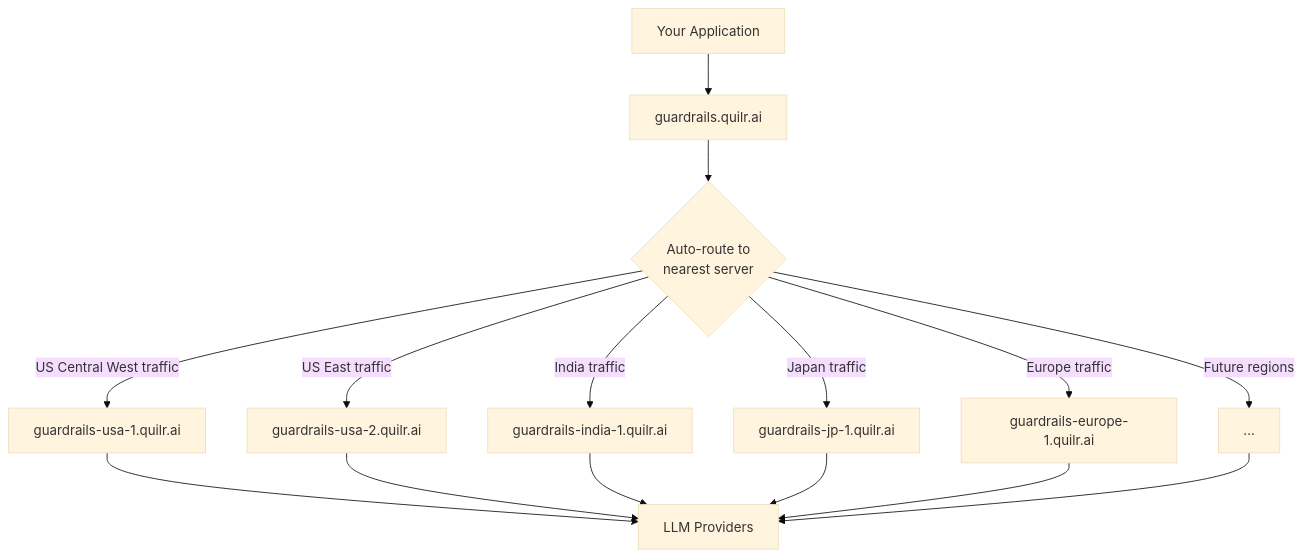
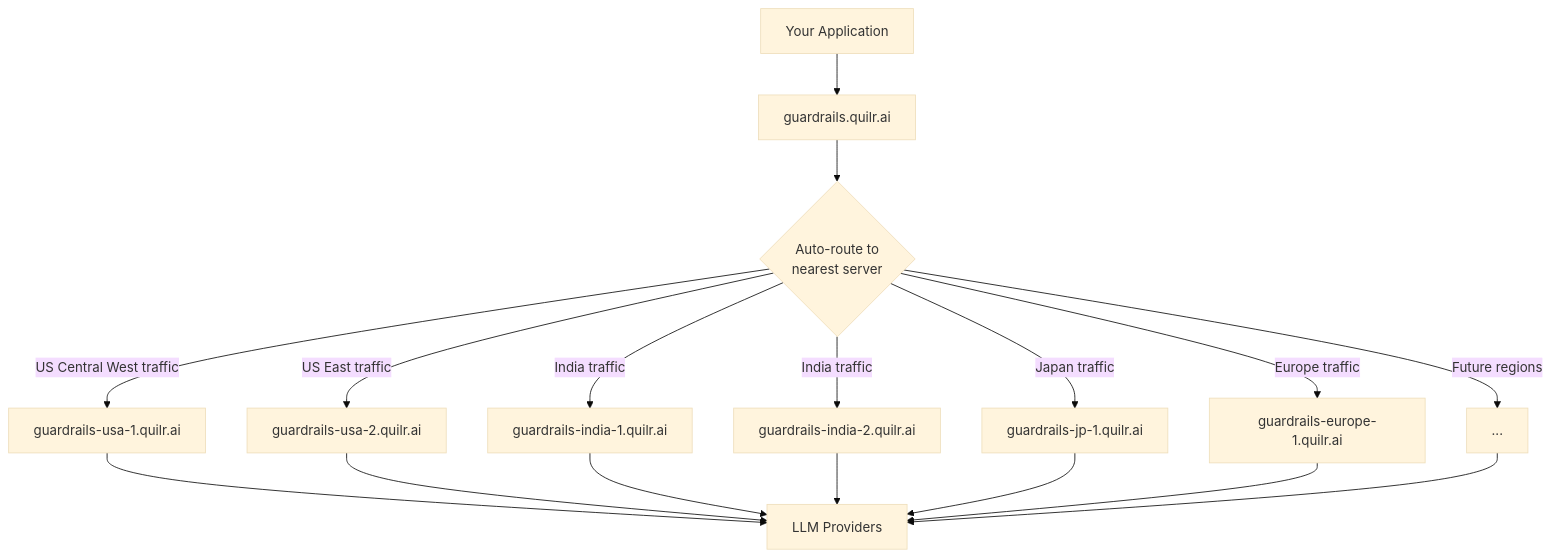
The diagram in docs/llm-gateway/ha-and-sla.md (quilrai/docs), drawn with Mermaid (base theme) before and after one commit. The commit also changed other lines of this file and 4 other files, not shown here.

Commit message:
add guardrails-india-2

````diff
--- a/docs/llm-gateway/ha-and-sla.md
+++ b/docs/llm-gateway/ha-and-sla.md
@@ -36,17 +37,19 @@
 ```mermaid
 flowchart TD
     A["Your Application"] --> B["guardrails.quilr.ai"]
     B --> C{"Auto-route to<br/>nearest server"}
     C -->|"US Central West traffic"| D["guardrails-usa-1.quilr.ai"]
     C -->|"US East traffic"| E["guardrails-usa-2.quilr.ai"]
     C -->|"India traffic"| F["guardrails-india-1.quilr.ai"]
+    C -->|"India traffic"| K["guardrails-india-2.quilr.ai"]
     C -->|"Japan traffic"| I["guardrails-jp-1.quilr.ai"]
     C -->|"Europe traffic"| J["guardrails-europe-1.quilr.ai"]
     C -->|"Future regions"| H["..."]
     D --> G["LLM Providers"]
     E --> G
     F --> G
+    K --> G
     I --> G
     J --> G
     H --> G
 ```
````
